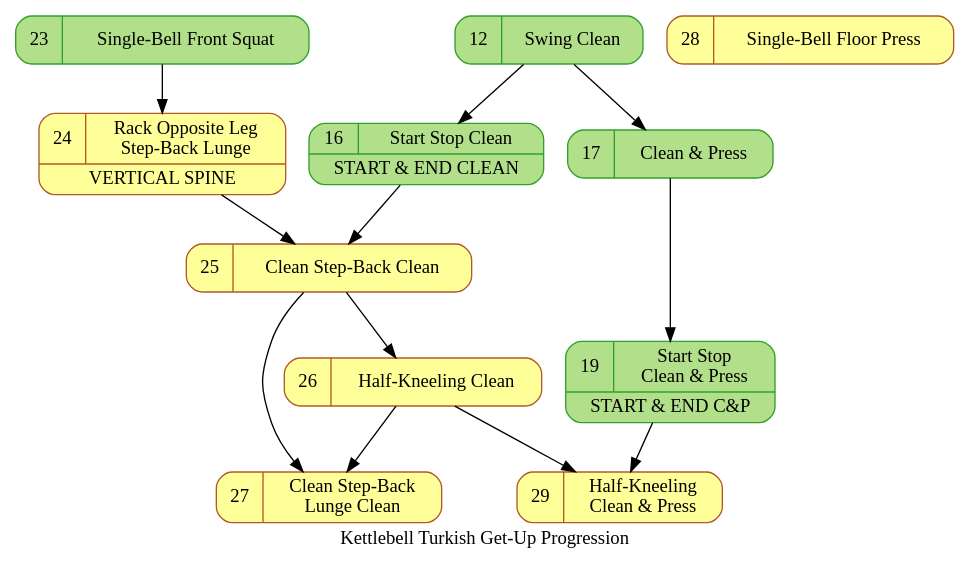
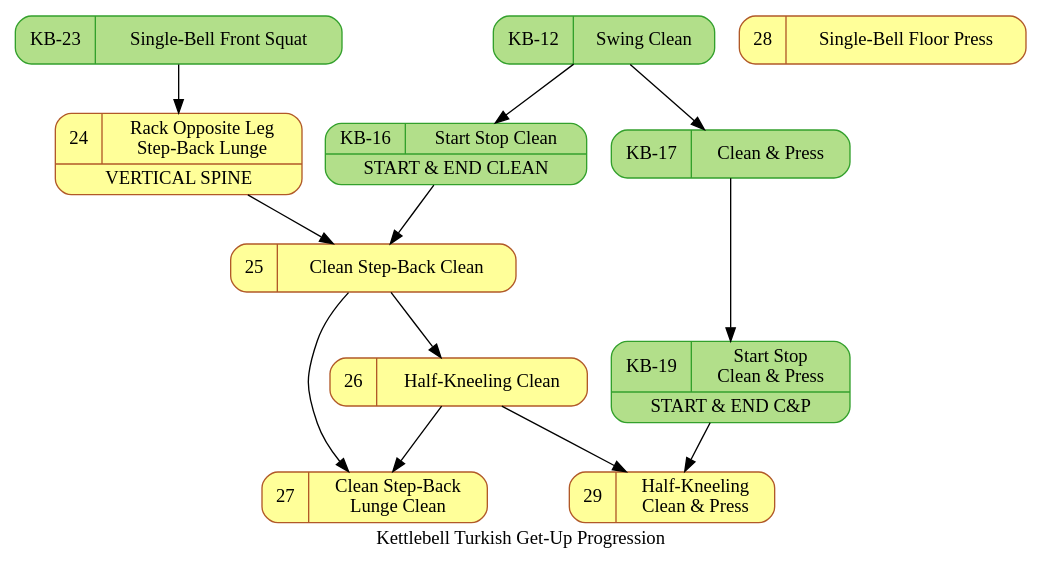
Before and after one commit to dznz/wildman-skill-trees: the diagram in kb_tgu_progression.gv, drawn with Graphviz. The commit also changed 1 other file, not shown here.

```diff
--- a/kb_tgu_progression.gv
+++ b/kb_tgu_progression.gv
@@ -1,44 +1,44 @@
 digraph kb_progression {
   // Kettlebell Turkish Get-Up Progression Diagram © 2023
   // by dznz using knowledge from Mark Wildman is licensed
   // under CC BY-NC-SA 4.0 
   // http://creativecommons.org/licenses/by-nc-sa/4.0/
   label="Kettlebell Turkish Get-Up Progression"
   node [colorscheme="paired12"]
   node [shape=record]
   node [style="rounded,filled"]
   node [color=12, fillcolor=11]
 
   subgraph pre {
     node [color=4, fillcolor=3]
     mov_racksquat
     mov_cap, mov_startstopcap
     mov_clean, mov_startstopclean
   }
   
   // Precursor drills 
-  mov_clean [label="12|Swing Clean" URL="https://www.youtube.com/watch?v=_nIsSXWs5iU&list=PLk4oYPJ7TXKhX8YqA2AVrfgs_pEF6p7KA&index=12"]
-  mov_startstopclean [label="{{16|Start Stop Clean}|START & END CLEAN}" URL="https://www.youtube.com/watch?v=XbK3jxI0WNQ&list=PLk4oYPJ7TXKhX8YqA2AVrfgs_pEF6p7KA&index=16"]
-  mov_cap [label="17|Clean & Press" URL="https://www.youtube.com/watch?v=SSxB3m5qRas&list=PLk4oYPJ7TXKhX8YqA2AVrfgs_pEF6p7KA&index=17"]
-  mov_startstopcap [label="{{19|Start Stop\nClean & Press}|START & END C&P}" URL="https://www.youtube.com/watch?v=dSj3kqbuois&list=PLk4oYPJ7TXKhX8YqA2AVrfgs_pEF6p7KA&index=19"]
-  mov_racksquat [label="{{23|Single-Bell Front Squat}}" URL="https://www.youtube.com/watch?v=KTDVl0Lkdc4&list=PLk4oYPJ7TXKhX8YqA2AVrfgs_pEF6p7KA&index=23"]
+  mov_clean [label="KB-12|Swing Clean" URL="https://www.youtube.com/watch?v=_nIsSXWs5iU&list=PLk4oYPJ7TXKhX8YqA2AVrfgs_pEF6p7KA&index=12"]
+  mov_startstopclean [label="{{KB-16|Start Stop Clean}|START & END CLEAN}" URL="https://www.youtube.com/watch?v=XbK3jxI0WNQ&list=PLk4oYPJ7TXKhX8YqA2AVrfgs_pEF6p7KA&index=16"]
+  mov_cap [label="KB-17|Clean & Press" URL="https://www.youtube.com/watch?v=SSxB3m5qRas&list=PLk4oYPJ7TXKhX8YqA2AVrfgs_pEF6p7KA&index=17"]
+  mov_startstopcap [label="{{KB-19|Start Stop\nClean & Press}|START & END C&P}" URL="https://www.youtube.com/watch?v=dSj3kqbuois&list=PLk4oYPJ7TXKhX8YqA2AVrfgs_pEF6p7KA&index=19"]
+  mov_racksquat [label="{{KB-23|Single-Bell Front Squat}}" URL="https://www.youtube.com/watch?v=KTDVl0Lkdc4&list=PLk4oYPJ7TXKhX8YqA2AVrfgs_pEF6p7KA&index=23"]
 
   mov_racklunge [label="{{24|Rack Opposite Leg\nStep-Back Lunge}|VERTICAL SPINE}" URL="https://www.youtube.com/watch?v=KTDVl0Lkdc4&list=PLk4oYPJ7TXKhX8YqA2AVrfgs_pEF6p7KA&index=24"]
   mov_clean2sblunge [label="{{25|Clean Step-Back Clean}}" URL="https://www.youtube.com/watch?v=KTDVl0Lkdc4&list=PLk4oYPJ7TXKhX8YqA2AVrfgs_pEF6p7KA&index=25"]
   mov_halfkneelclean [label="{{26|Half-Kneeling Clean}}" URL="https://www.youtube.com/watch?v=KTDVl0Lkdc4&list=PLk4oYPJ7TXKhX8YqA2AVrfgs_pEF6p7KA&index=26"]
   mov_cleansblungeclean [label="{{27|Clean Step-Back\nLunge Clean}}" URL="https://www.youtube.com/watch?v=KTDVl0Lkdc4&list=PLk4oYPJ7TXKhX8YqA2AVrfgs_pEF6p7KA&index=27"]
   mov_floorpress [label="{{28|Single-Bell Floor Press}}" URL="https://www.youtube.com/watch?v=KTDVl0Lkdc4&list=PLk4oYPJ7TXKhX8YqA2AVrfgs_pEF6p7KA&index=28"]
   mov_halfkneelcap [label="{{29|Half-Kneeling\nClean & Press}}" URL="https://www.youtube.com/watch?v=KTDVl0Lkdc4&list=PLk4oYPJ7TXKhX8YqA2AVrfgs_pEF6p7KA&index=29"]
 
   mov_clean -> mov_startstopclean;
   mov_clean -> mov_cap;
   mov_cap -> mov_startstopcap;
   mov_racksquat -> mov_racklunge;
   mov_racklunge -> mov_clean2sblunge;
   mov_startstopclean -> mov_clean2sblunge;
   mov_clean2sblunge -> mov_halfkneelclean;
   mov_clean2sblunge -> mov_cleansblungeclean;
   mov_halfkneelclean -> mov_cleansblungeclean;
   mov_startstopcap -> mov_halfkneelcap;
   mov_halfkneelclean -> mov_halfkneelcap;
 }
```
